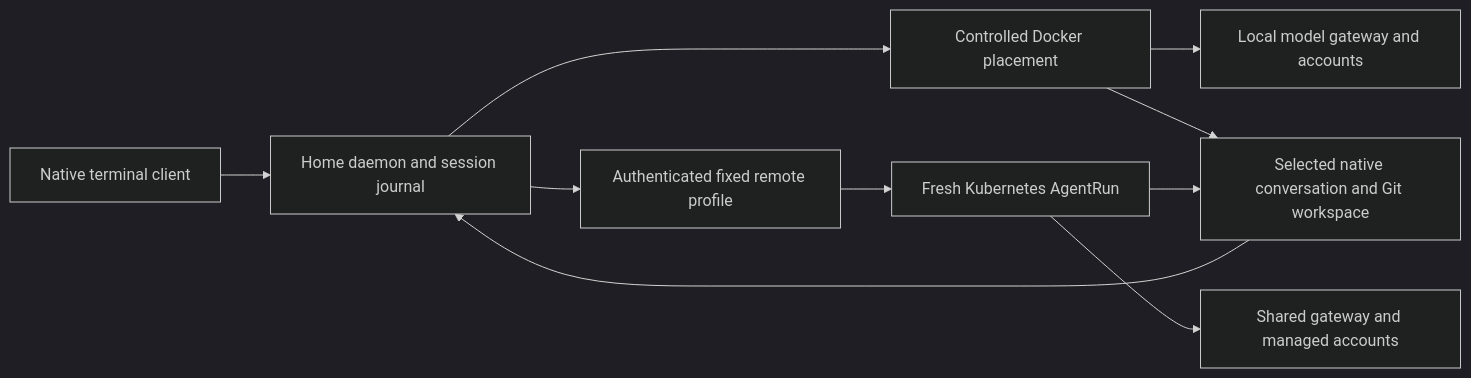
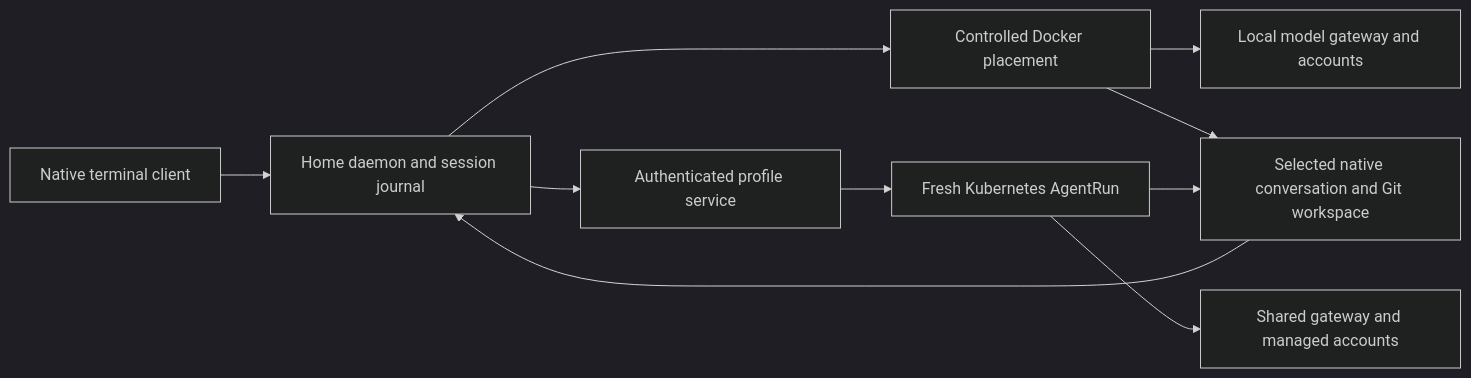
Before and after one commit to andrewmccall/sproozi: the second of 2 diagrams in docs/explanations/system-architecture.md, drawn with Mermaid (dark theme). The commit also changed other lines of this file and 26 other files, not shown here.

````diff
--- a/docs/explanations/system-architecture.md
+++ b/docs/explanations/system-architecture.md
@@ -163,12 +163,12 @@
 ```mermaid
 flowchart LR
     CLI[Native terminal client] --> Home[Home daemon and session journal]
     Home --> Docker[Controlled Docker placement]
-    Home --> Profile[Authenticated fixed remote profile]
+    Home --> Profile[Authenticated profile service]
     Profile --> Run[Fresh Kubernetes AgentRun]
     Docker --> LocalGateway[Local model gateway and accounts]
     Run --> Gateway[Shared gateway and managed accounts]
     Docker --> Checkpoint[Selected native conversation and Git workspace]
     Run --> Checkpoint
     Checkpoint --> Home
 ```
````
